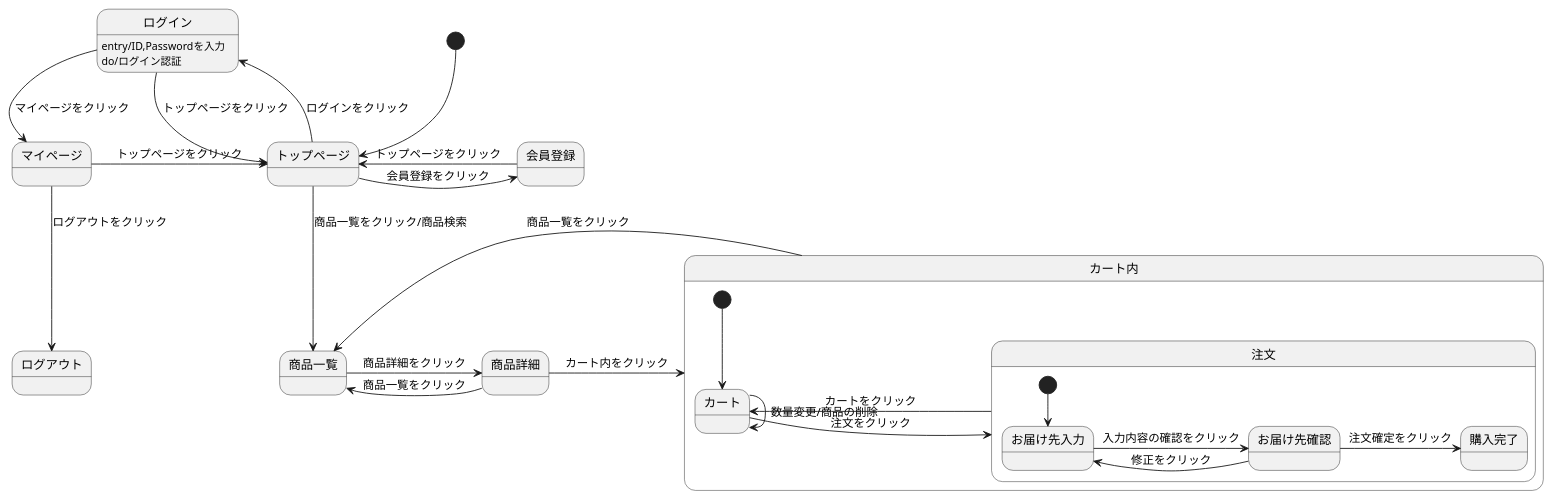
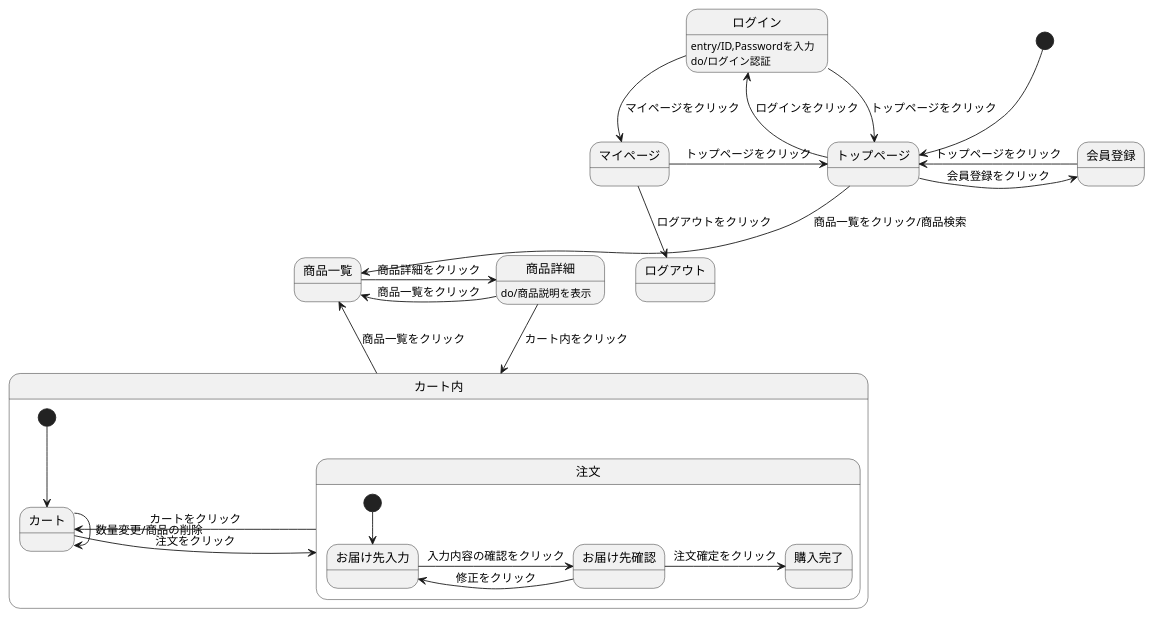
The diagram in stm01.md (Aso2001163/2021sys-design-2), drawn with PlantUML before and after one commit.

````diff
--- a/stm01.md
+++ b/stm01.md
@@ -1,30 +1,31 @@
 ```uml
 @startuml
 [*] --> トップページ
 トップページ -> 会員登録 : 会員登録をクリック
 会員登録 -> トップページ : トップページをクリック
 トップページ -left-> ログイン : ログインをクリック
 ログイン -> トップページ : トップページをクリック
 ログイン -down-> マイページ : マイページをクリック
 ログイン:entry/ID,Passwordを入力
 ログイン:do/ログイン認証
 マイページ -> トップページ : トップページをクリック
 マイページ -down-> ログアウト : ログアウトをクリック
 トップページ --> 商品一覧 : 商品一覧をクリック/商品検索
 商品一覧 -> 商品詳細 : 商品詳細をクリック  
+商品詳細:do/商品説明を表示
 商品詳細 -> 商品一覧 : 商品一覧をクリック
-商品詳細 -> カート内 : カート内をクリック
+商品詳細 -down-> カート内 : カート内をクリック
 カート内 -> 商品一覧 : 商品一覧をクリック
 
 state カート内 {
   [*] --> カート
   カート -> 注文 : 注文をクリック
   カート -> カート : 数量変更/商品の削除
   注文 -> カート : カートをクリック
   state 注文 {
     [*] --> お届け先入力
     お届け先入力 -> お届け先確認 : 入力内容の確認をクリック
     お届け先確認 -> お届け先入力 : 修正をクリック
     お届け先確認 -> 購入完了 : 注文確定をクリック
 @enduml
 ```
````
